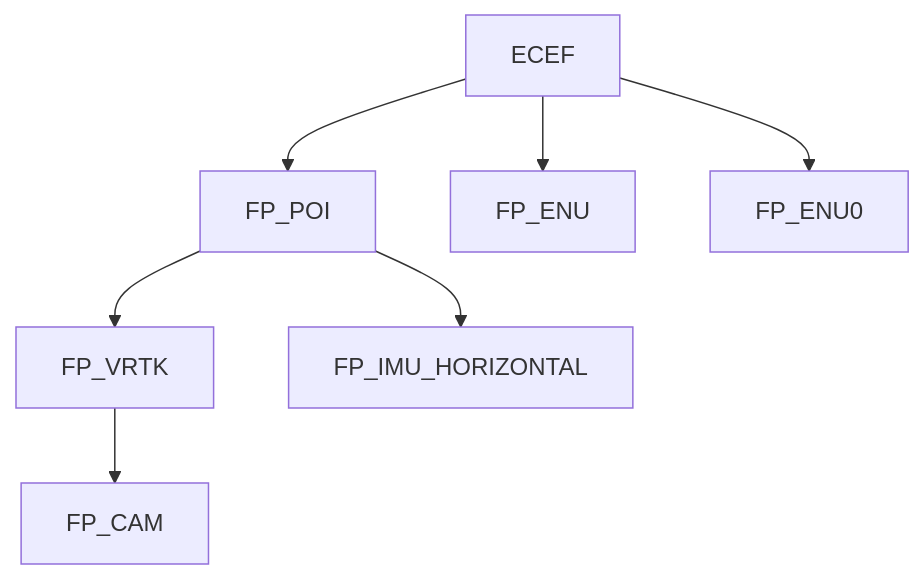
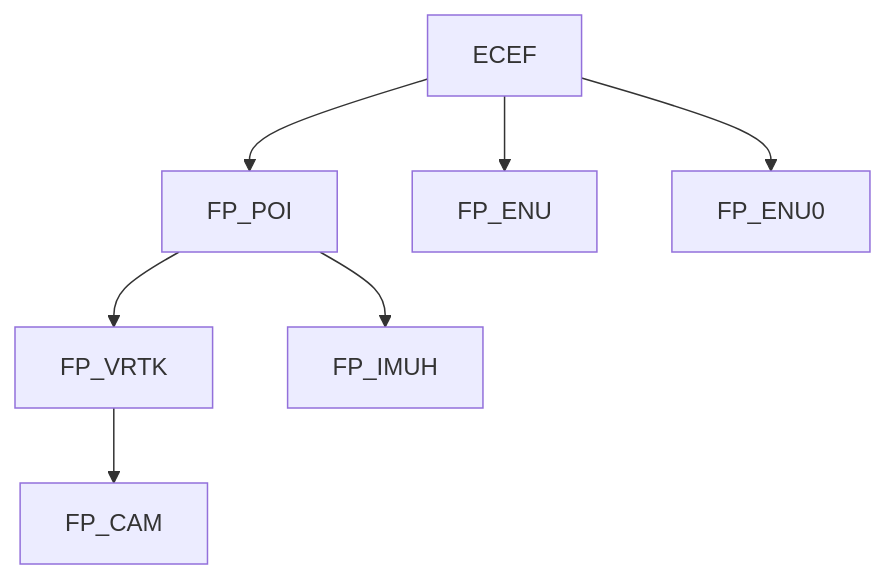
The diagram in README.md (fixposition/fixposition_driver), drawn with Mermaid before and after one commit. The commit also changed other lines of this file and 3 other files, not shown here.

````diff
--- a/README.md
+++ b/README.md
@@ -197,7 +197,7 @@
     ```mermaid
     graph TD;
     ECEF-->FP_POI-->FP_VRTK-->FP_CAM
-    FP_POI-->FP_IMU_HORIZONTAL
+    FP_POI-->FP_IMUH
     ECEF-->FP_ENU
     ECEF-->FP_ENU0
     ```
````
